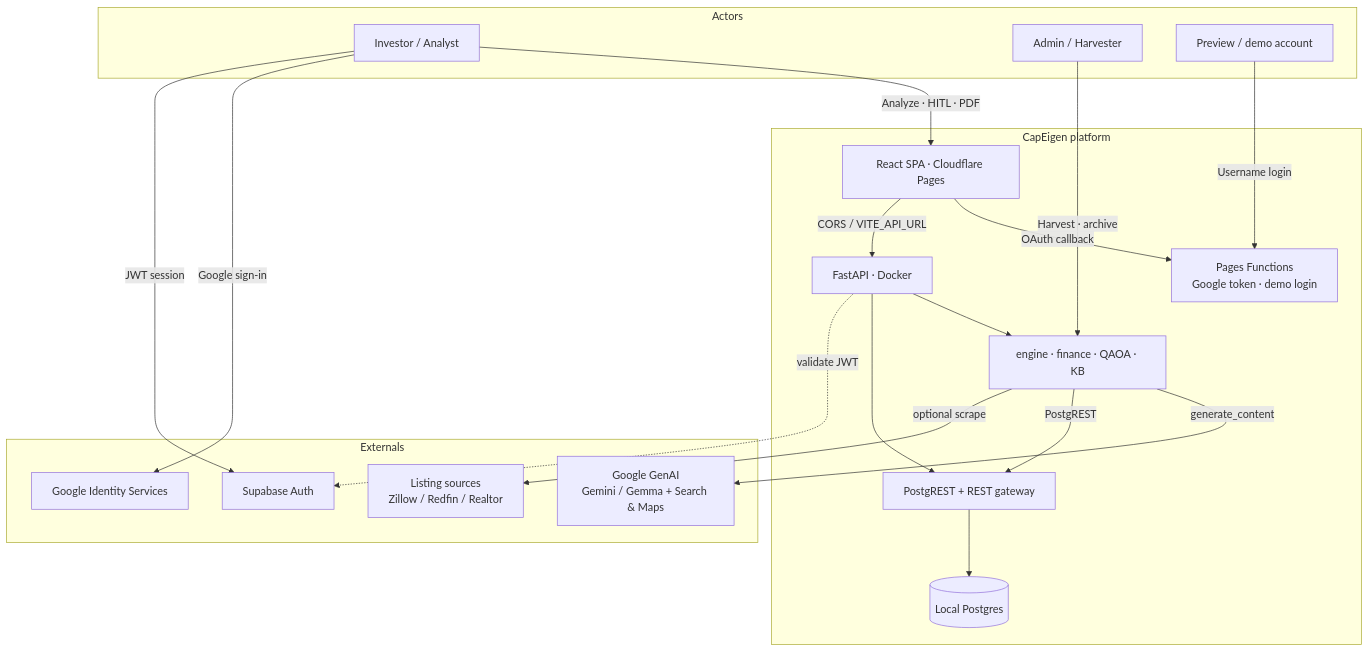
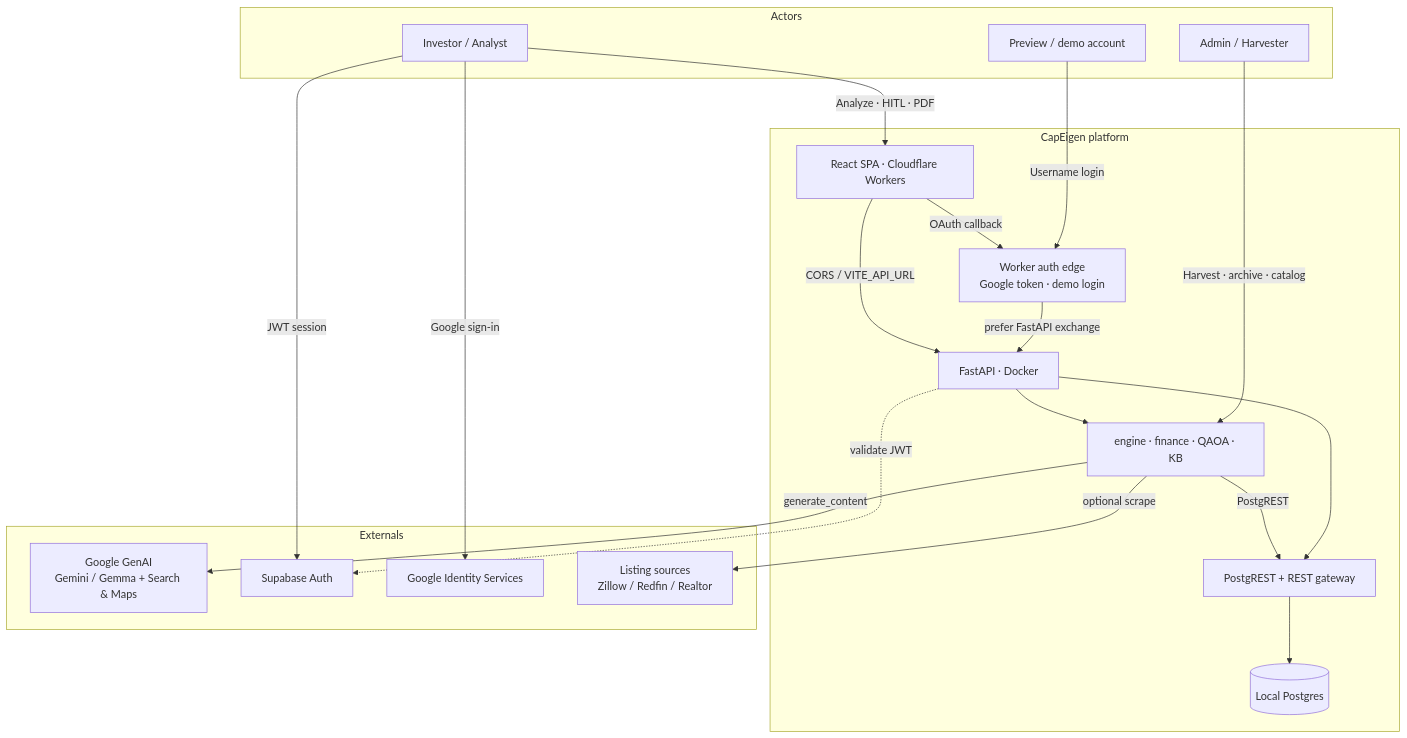
The first of 12 diagrams in README.md (Preebg/RealEstateAI), drawn with Mermaid before and after one commit. The commit also changed other lines of this file, not shown here.

First line of the commit message:
Refresh README for Workers architecture

````diff
--- a/README.md
+++ b/README.md
@@ -59,38 +62,39 @@
 ```mermaid
 flowchart TB
     subgraph Actors
         INV[Investor / Analyst]
         ADM[Admin / Harvester]
         DEMO[Preview / demo account]
     end
 
     subgraph CapEigen["CapEigen platform"]
-        SPA[React SPA · Cloudflare Pages]
-        NF[Pages Functions<br/>Google token · demo login]
+        SPA[React SPA · Cloudflare Workers]
+        NF[Worker auth edge<br/>Google token · demo login]
         API[FastAPI · Docker]
         CORE[engine · finance · QAOA · KB]
         PG[(Local Postgres)]
         PGR[PostgREST + REST gateway]
     end
 
     subgraph Externals
         GEM[Google GenAI<br/>Gemini / Gemma + Search & Maps]
         AUTH[Supabase Auth]
         GOOG[Google Identity Services]
         LIST[Listing sources<br/>Zillow / Redfin / Realtor]
     end
 
     INV -->|Analyze · HITL · PDF| SPA
     INV -->|Google sign-in| GOOG
     DEMO -->|Username login| NF
     SPA -->|OAuth callback| NF
+    NF -->|prefer FastAPI exchange| API
     SPA -->|CORS / VITE_API_URL| API
     INV -->|JWT session| AUTH
-    ADM -->|Harvest · archive| CORE
+    ADM -->|Harvest · archive · catalog| CORE
     API --> CORE
     API --> PGR --> PG
     CORE -->|generate_content| GEM
     CORE -->|PostgREST| PGR
     CORE -->|optional scrape| LIST
     API -.->|validate JWT| AUTH
 ```
````
